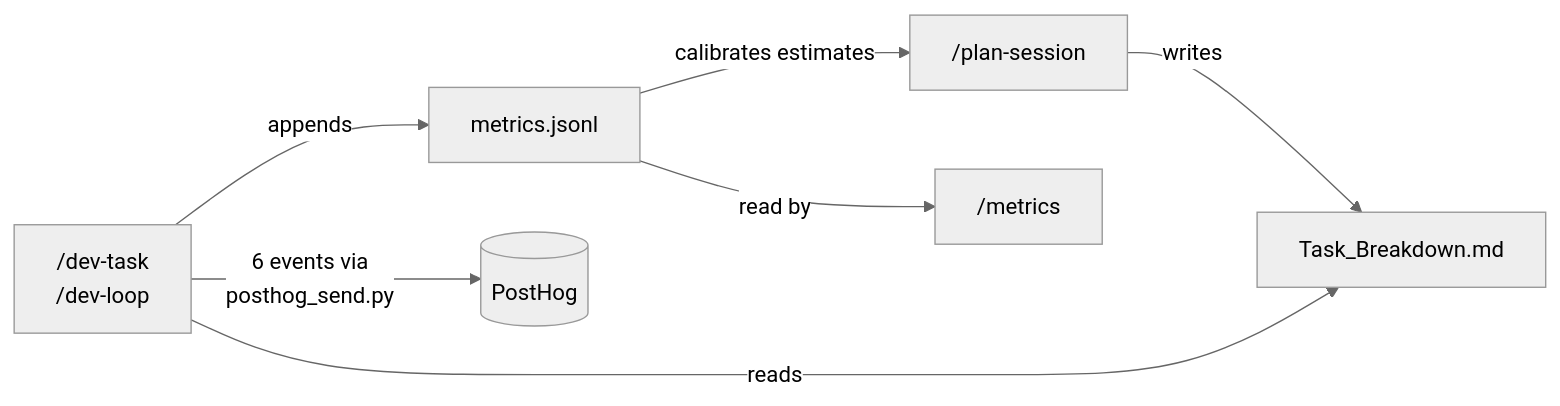
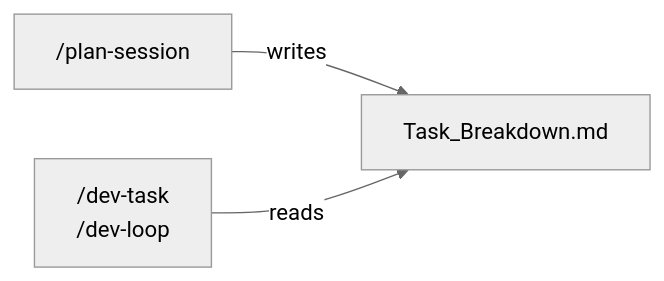
One commit to app-vitals/shipwright changed the third of 3 diagrams in plugins/shipwright/README.md. Above: the diagram before and after it, drawn with Mermaid (neutral theme). The commit also changed other lines of this file and 10 other files, not shown here.

First line of the commit message:
feat: remove old metrics pipeline (posthog_send.py, JSONL append, snapshotMetrics)

````diff
--- a/plugins/shipwright/README.md
+++ b/plugins/shipwright/README.md
@@ -199,9 +198,5 @@
 ```mermaid
 flowchart LR
     PS["/plan-session"] -->|writes| TB["Task_Breakdown.md"]
     DT["/dev-task\n/dev-loop"] -->|reads| TB
-    DT -->|appends| MJ["metrics.jsonl"]
-    MJ -->|read by| MC["/metrics"]
-    MJ -->|calibrates estimates| PS
-    DT -->|"6 events via\nposthog_send.py"| PH[("PostHog")]
 ```
````
